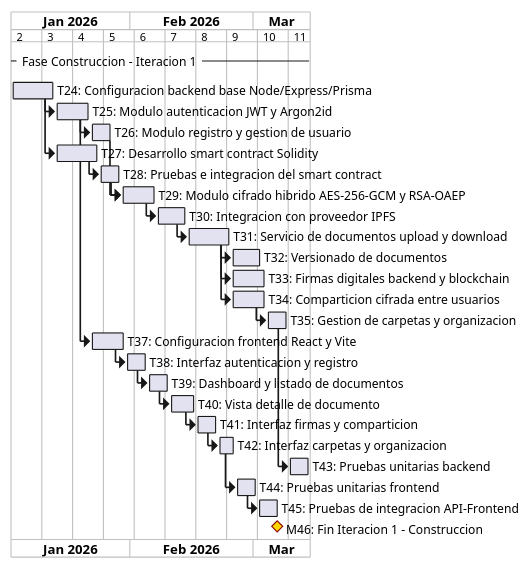
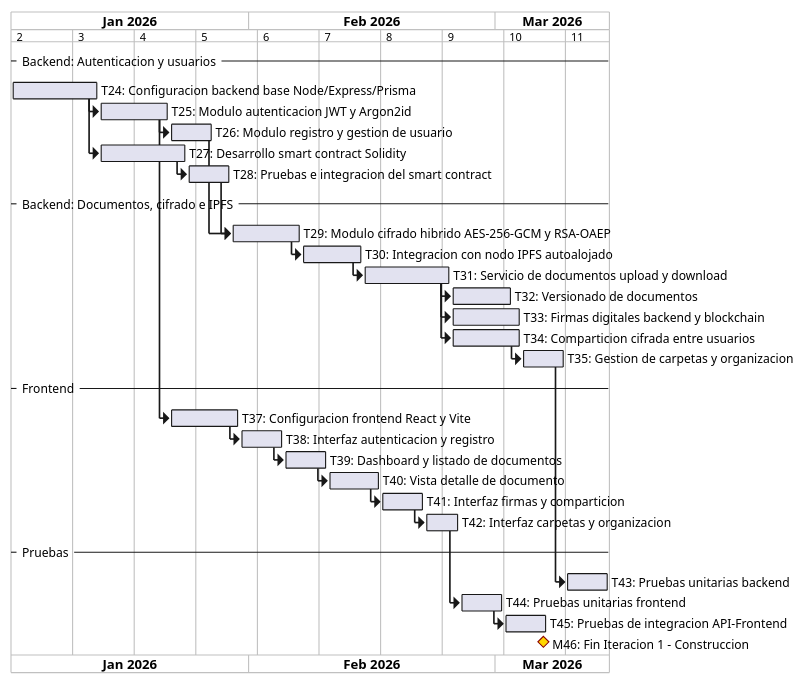
The diagram in anexos/diagramas/gantt-const1.puml (ErDeivih/DocumentChain), drawn with PlantUML before and after one commit. The commit also changed 214 other files, not shown here.

```diff
--- a/anexos/diagramas/gantt-const1.puml
+++ b/anexos/diagramas/gantt-const1.puml
@@ -1,37 +1,41 @@
 @startgantt
 skinparam backgroundColor White
-printscale weekly
+printscale weekly zoom 2
 Project starts 2026-01-05
 
--- Fase Construccion - Iteracion 1 --
+-- Backend: Autenticacion y usuarios --
 [T24: Configuracion backend base Node/Express/Prisma] lasts 10 days
 then [T25: Modulo autenticacion JWT y Argon2id] lasts 8 days
 then [T26: Modulo registro y gestion de usuario] lasts 5 days
 [T27: Desarrollo smart contract Solidity] lasts 10 days
 [T27: Desarrollo smart contract Solidity] starts at [T24: Configuracion backend base Node/Express/Prisma]'s end
 then [T28: Pruebas e integracion del smart contract] lasts 5 days
+
+-- Backend: Documentos, cifrado e IPFS --
 then [T29: Modulo cifrado hibrido AES-256-GCM y RSA-OAEP] lasts 8 days
 [T29: Modulo cifrado hibrido AES-256-GCM y RSA-OAEP] starts at [T26: Modulo registro y gestion de usuario]'s end
-then [T30: Integracion con proveedor IPFS] lasts 7 days
+then [T30: Integracion con nodo IPFS autoalojado] lasts 7 days
 then [T31: Servicio de documentos upload y download] lasts 10 days
 then [T32: Versionado de documentos] lasts 7 days
 [T33: Firmas digitales backend y blockchain] lasts 8 days
 [T33: Firmas digitales backend y blockchain] starts at [T31: Servicio de documentos upload y download]'s end
 [T34: Comparticion cifrada entre usuarios] lasts 8 days
 [T34: Comparticion cifrada entre usuarios] starts at [T31: Servicio de documentos upload y download]'s end
 then [T35: Gestion de carpetas y organizacion] lasts 5 days
+-- Frontend --
 [T37: Configuracion frontend React y Vite] lasts 8 days
 [T37: Configuracion frontend React y Vite] starts at [T25: Modulo autenticacion JWT y Argon2id]'s end
 then [T38: Interfaz autenticacion y registro] lasts 5 days
 then [T39: Dashboard y listado de documentos] lasts 5 days
 then [T40: Vista detalle de documento] lasts 6 days
 then [T41: Interfaz firmas y comparticion] lasts 5 days
 then [T42: Interfaz carpetas y organizacion] lasts 4 days
+-- Pruebas --
 [T43: Pruebas unitarias backend] lasts 5 days
 [T43: Pruebas unitarias backend] starts at [T35: Gestion de carpetas y organizacion]'s end
 [T44: Pruebas unitarias frontend] lasts 5 days
 [T44: Pruebas unitarias frontend] starts at [T42: Interfaz carpetas y organizacion]'s end
 then [T45: Pruebas de integracion API-Frontend] lasts 5 days
 [M46: Fin Iteracion 1 - Construccion] happens at [T45: Pruebas de integracion API-Frontend]'s end
 [M46: Fin Iteracion 1 - Construccion] is colored in Gold/DarkRed
 @endgantt
```
